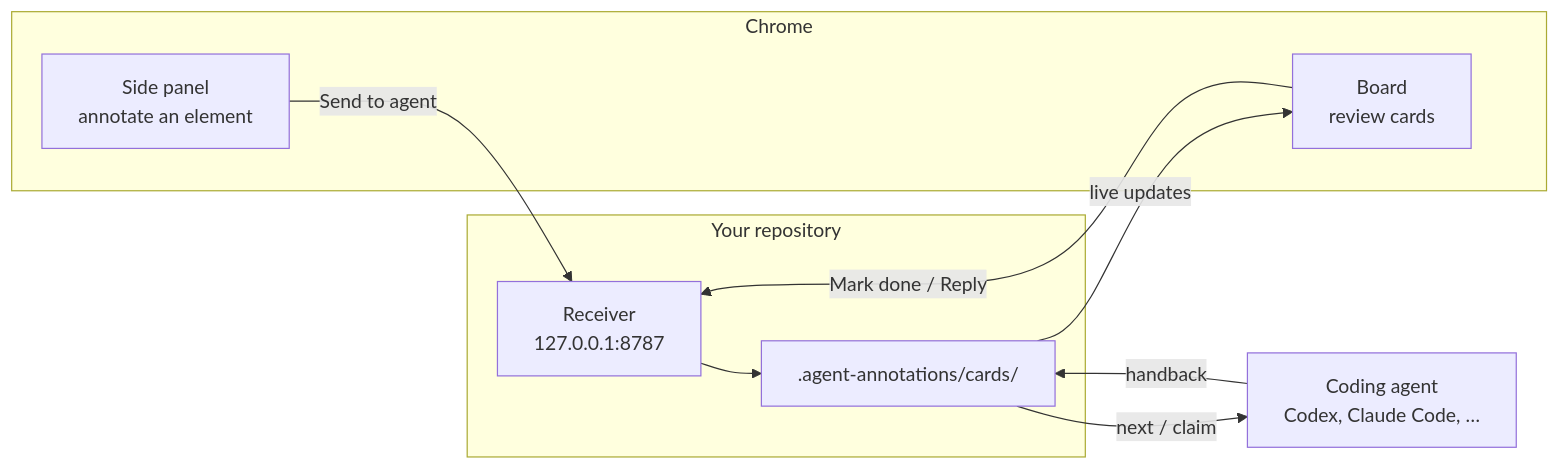
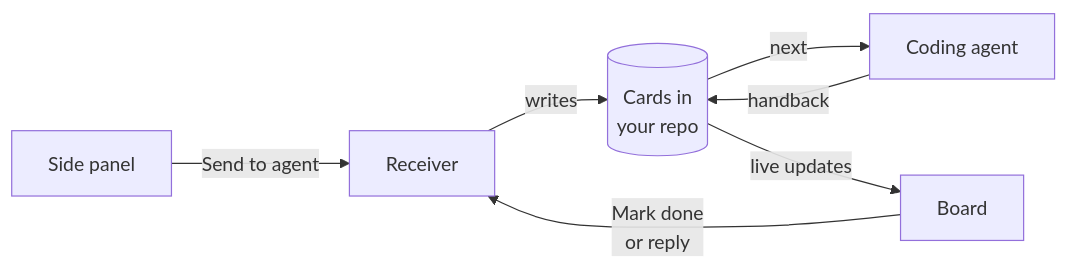
Before and after one commit to ossianravn/agent-annotations: the first of 2 diagrams in README.md, drawn with Mermaid. The commit also changed other lines of this file, not shown here.

Commit message:
Docs: make the README diagrams compact enough to read on GitHub

````diff
--- a/README.md
+++ b/README.md
@@ -90,18 +90,9 @@
 ```mermaid
 flowchart LR
-  subgraph Browser["Chrome"]
-    A["Side panel<br>annotate an element"]
-    F["Board<br>review cards"]
-  end
-  subgraph Repo["Your repository"]
-    B["Receiver<br>127.0.0.1:8787"]
-    C[".agent-annotations/cards/"]
-  end
-  D["Coding agent<br>Codex, Claude Code, …"]
-  A -- "Send to agent" --> B
-  B --> C
-  C -- "next / claim" --> D
+  A["Side panel"] -- "Send to agent" --> B["Receiver"]
+  B -- writes --> C[("Cards in<br>your repo")]
+  C -- "next" --> D["Coding agent"]
   D -- "handback" --> C
-  C -- "live updates" --> F
-  F -- "Mark done / Reply" --> B
+  C -- "live updates" --> E["Board"]
+  E -- "Mark done<br>or reply" --> B
 ```
````
